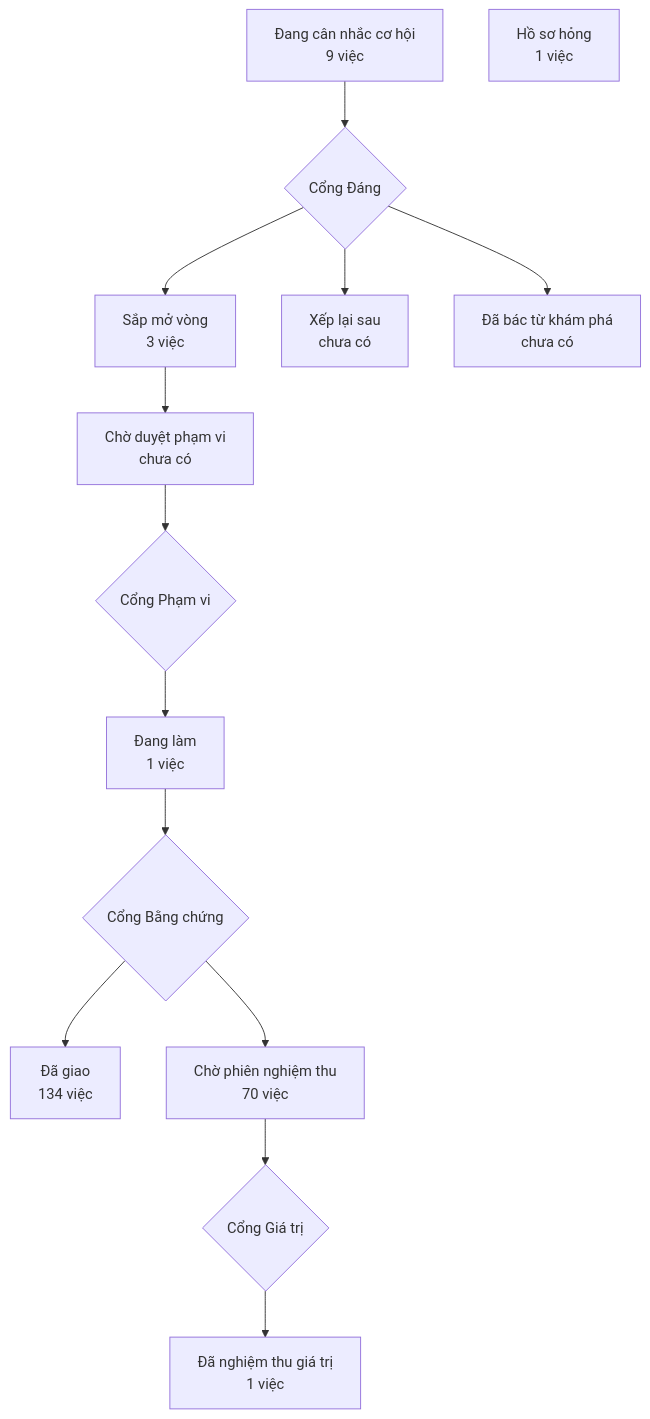
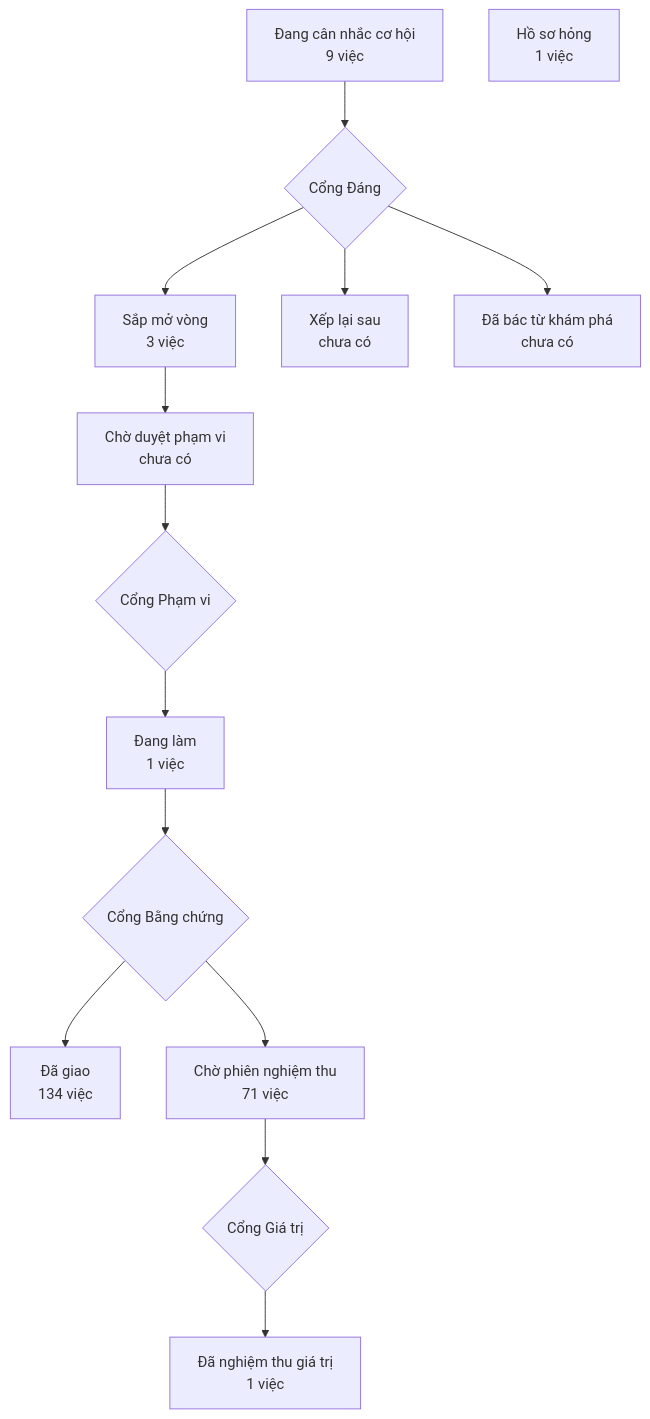
One commit to phanlemanh/crm-onehub changed the diagram in PRODUCT-MAP.md. Above: the diagram before and after it, drawn with Mermaid. The commit also changed 1 other file, not shown here.

Commit message:
chore: vẽ lại bản đồ sản phẩm từ bản sạch sau gộp onehub 6a6b8a84

````diff
--- a/PRODUCT-MAP.md
+++ b/PRODUCT-MAP.md
@@ -7,13 +7,13 @@
 ```mermaid
 flowchart TD
   A["Đang cân nhắc cơ hội<br/>9 việc"] --> GD{"Cổng Đáng"}
   GD --> B["Sắp mở vòng<br/>3 việc"]
   GD --> XL["Xếp lại sau<br/>chưa có"]
   GD --> DB["Đã bác từ khám phá<br/>chưa có"]
   B --> CD["Chờ duyệt phạm vi<br/>chưa có"] --> GP{"Cổng Phạm vi"}
   GP --> DL["Đang làm<br/>1 việc"] --> GB{"Cổng Bằng chứng"}
   GB --> DG["Đã giao<br/>134 việc"]
-  GB --> CN["Chờ phiên nghiệm thu<br/>70 việc"] --> GG{"Cổng Giá trị"}
+  GB --> CN["Chờ phiên nghiệm thu<br/>71 việc"] --> GG{"Cổng Giá trị"}
   GG --> NT["Đã nghiệm thu giá trị<br/>1 việc"]
   HS["Hồ sơ hỏng<br/>1 việc"]
 ```
````
